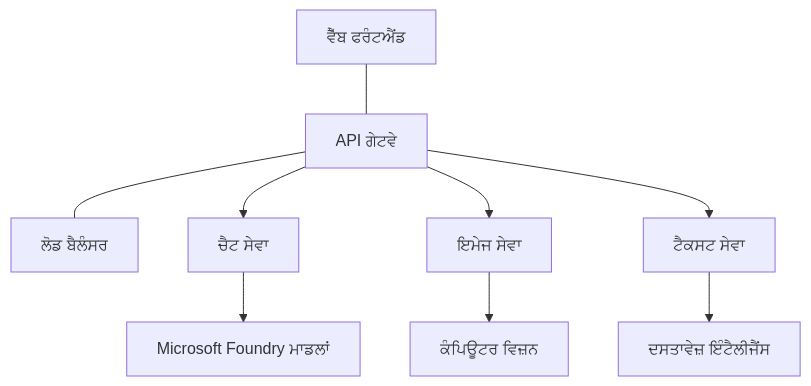
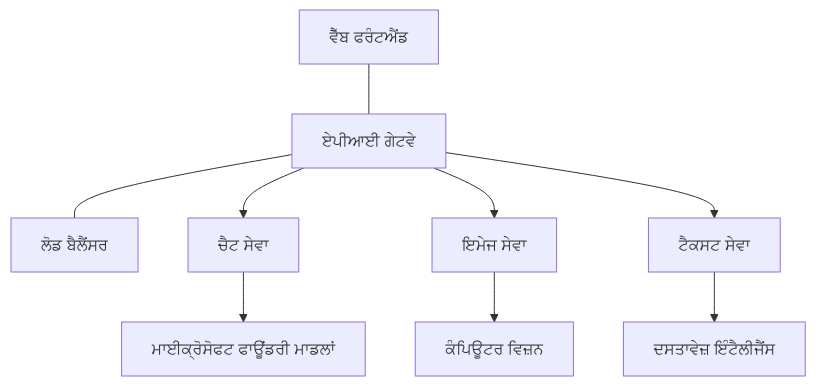
One commit to microsoft/AZD-for-beginners changed the diagram in translations/pa/docs/chapter-08-production/production-ai-practices.md. Above: the diagram before and after it, drawn with Mermaid. The commit also changed other lines of this file and 101 other files, not shown here.

````diff
--- a/translations/pa/docs/chapter-08-production/production-ai-practices.md
+++ b/translations/pa/docs/chapter-08-production/production-ai-practices.md
@@ -30,10 +30,10 @@
 ```mermaid
 graph TD
-    Frontend[ਵੈੱਬ ਫਰੰਟਐਂਡ] --- Gateway[API ਗੇਟਵੇ] --- LB[ਲੋਡ ਬੈਲੰਸਰ]
+    Frontend[ਵੈੱਬ ਫਰੰਟਐਂਡ] --- Gateway[ਏਪੀਆਈ ਗੇਟਵੇ] --- LB[ਲੋਡ ਬੈਲੈਂਸਰ]
     Gateway --> Chat[ਚੈਟ ਸੇਵਾ]
     Gateway --> Image[ਇਮੇਜ ਸੇਵਾ]
     Gateway --> Text[ਟੈਕਸਟ ਸੇਵਾ]
-    Chat --> OpenAI[Microsoft Foundry ਮਾਡਲਾਂ]
+    Chat --> OpenAI[ਮਾਈਕ੍ਰੋਸੋਫਟ ਫਾਊਂਡਰੀ ਮਾਡਲਾਂ]
     Image --> Vision[ਕੰਪਿਊਟਰ ਵਿਜ਼ਨ]
     Text --> DocIntel[ਦਸਤਾਵੇਜ਼ ਇੰਟੈਲੀਜੈਂਸ]
 ```
````
